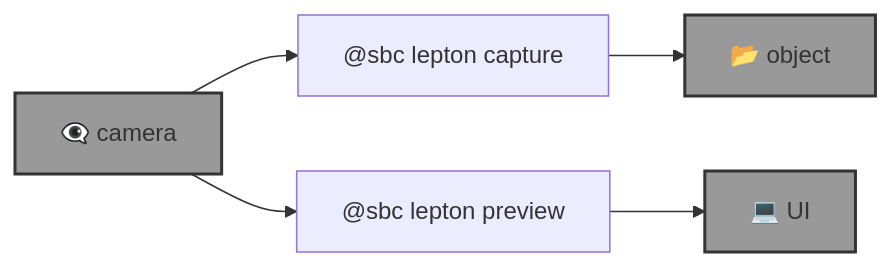
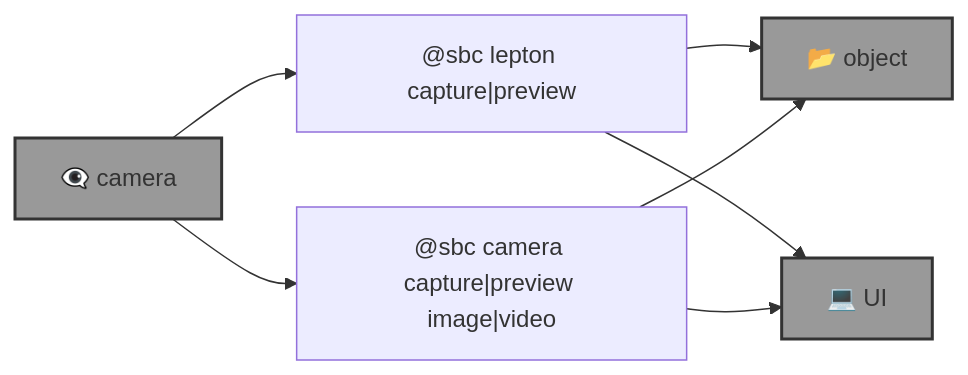
One commit to kamangir/eye changed the diagram in template.md. Above: the diagram before and after it, drawn with Mermaid. The commit also changed 4 other files, not shown here.

````diff
--- a/template.md
+++ b/template.md
@@ -11,18 +11,21 @@
 ```mermaid
 graph LR
 
-    lepton_capture["@sbc lepton capture"]
-    lepton_preview["@sbc lepton preview"]
+    lepton["@sbc lepton capture|preview"]
+
+    camera["@sbc camera capture|preview image|video"]
 
     object["📂 object"]:::folder
-    camera["👁️‍🗨️ camera"]:::folder
+    camera_hardware["👁️‍🗨️ camera"]:::folder
     UI["💻 UI"]:::folder
 
-    camera --> lepton_capture
-    lepton_capture --> object
+    camera_hardware --> lepton
+    lepton --> object
+    lepton --> UI
 
-    camera --> lepton_preview
-    lepton_preview --> UI
+    camera_hardware --> camera
+    camera --> object
+    camera --> UI
 
     classDef folder fill:#999,stroke:#333,stroke-width:2px;
 ```
````
